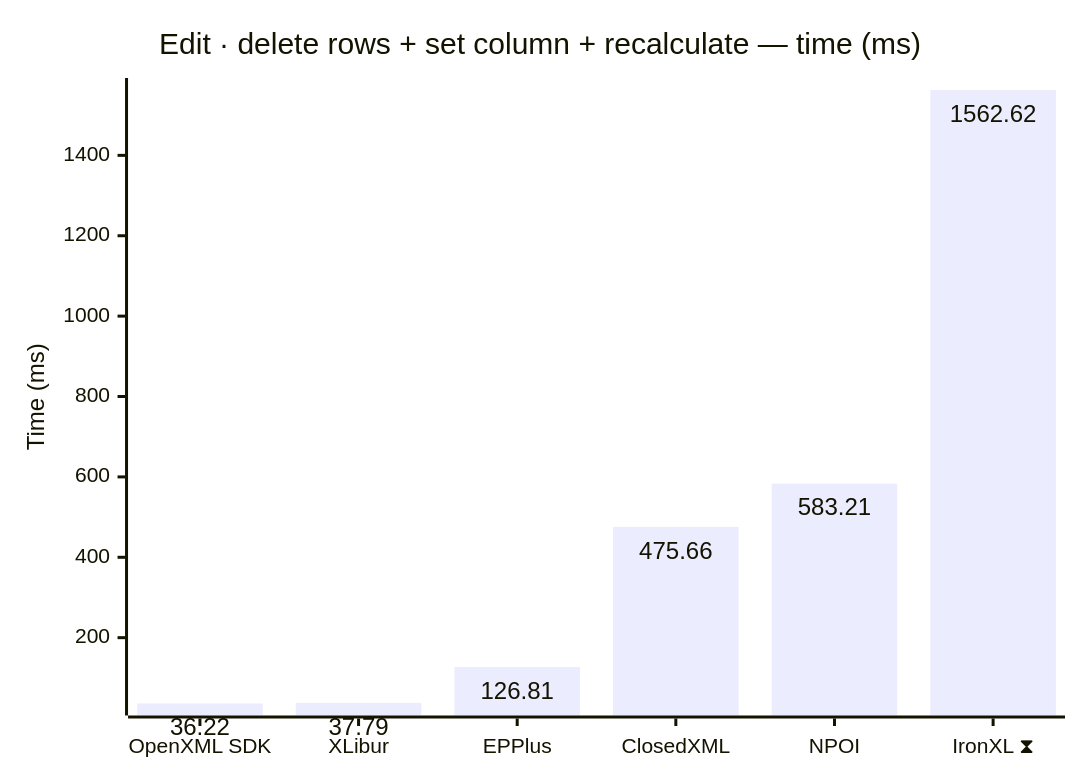
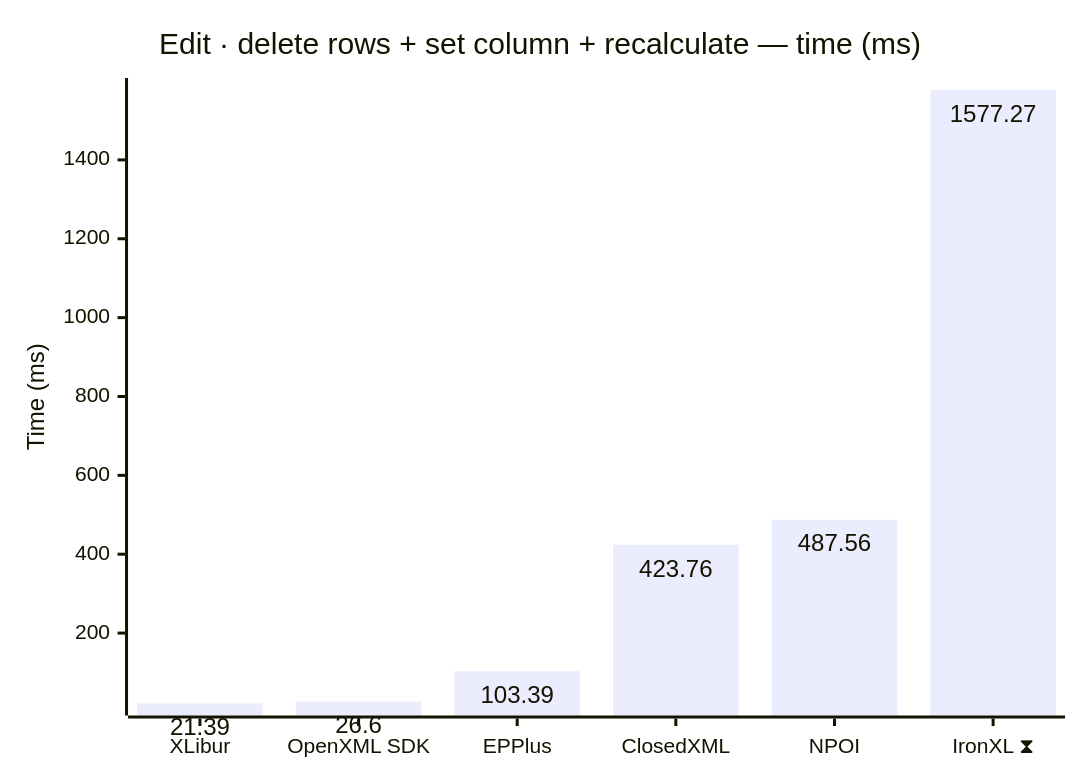
The ninth of 12 diagrams in docs/results-ci.md (jafin/XLBench), drawn with Mermaid before and after one commit. The commit also changed other lines of this file, not shown here.

````diff
--- a/docs/results-ci.md
+++ b/docs/results-ci.md
@@ -145,12 +145,12 @@
 ```mermaid
 ---
 config:
   xyChart:
     showDataLabel: true
 ---
 xychart-beta
     title "Edit · delete rows + set column + recalculate — time (ms)"
-    x-axis ["OpenXML SDK", "XLibur", "EPPlus", "ClosedXML", "NPOI", "IronXL ⧗"]
+    x-axis ["XLibur", "OpenXML SDK", "EPPlus", "ClosedXML", "NPOI", "IronXL ⧗"]
     y-axis "Time (ms)"
-    bar [36.22, 37.79, 126.81, 475.66, 583.21, 1562.62]
+    bar [21.39, 26.6, 103.39, 423.76, 487.56, 1577.27]
 ```
````
